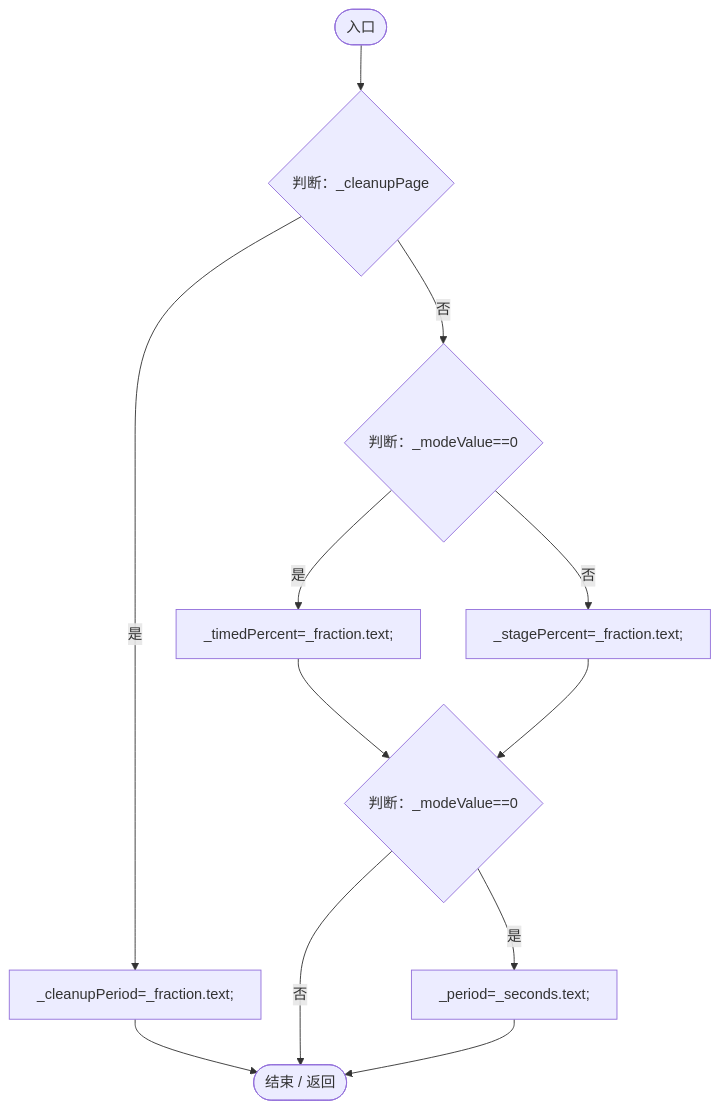
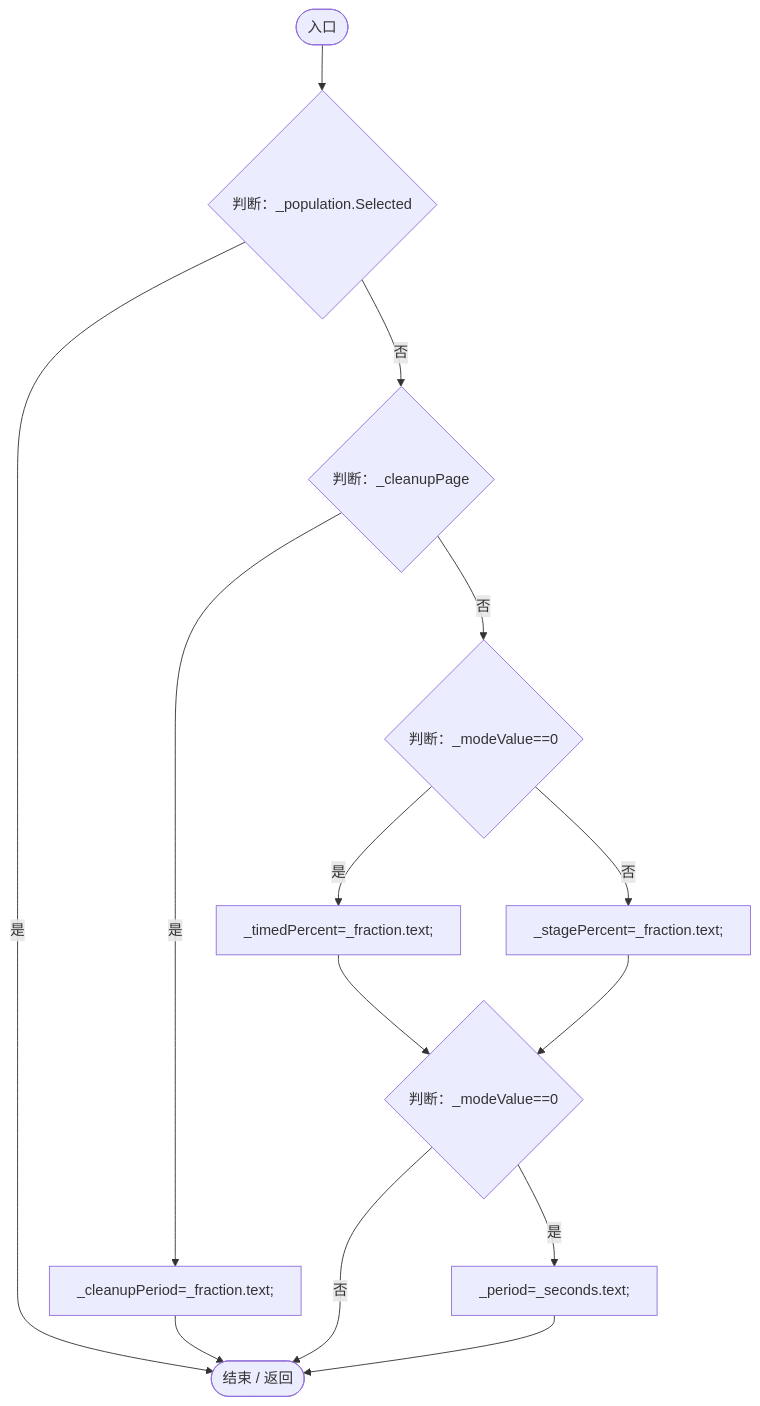
Diagram 14 of 26 in Docs/运行流程图/脚本/92d59cd12a5696c3.md (xhs6666/Darwin_paradise), drawn with Mermaid before and after one commit. The commit also changed other lines of this file and 114 other files, not shown here.

````diff
--- a/Docs/运行流程图/脚本/92d59cd12a5696c3.md
+++ b/Docs/运行流程图/脚本/92d59cd12a5696c3.md
@@ -321,24 +348,27 @@
 ```mermaid
 flowchart TD
   b0(["入口"])
-  b1{"判断：_cleanupPage"}
-  b2["_cleanupPeriod=_fraction.text;"]
-  b3{"判断：_modeValue==0"}
-  b4["_timedPercent=_fraction.text;"]
-  b5["_stagePercent=_fraction.text;"]
-  b6{"判断：_modeValue==0"}
-  b7["_period=_seconds.text;"]
-  b8(["结束 / 返回"])
+  b1{"判断：_population.Selected"}
+  b2{"判断：_cleanupPage"}
+  b3["_cleanupPeriod=_fraction.text;"]
+  b4{"判断：_modeValue==0"}
+  b5["_timedPercent=_fraction.text;"]
+  b6["_stagePercent=_fraction.text;"]
+  b7{"判断：_modeValue==0"}
+  b8["_period=_seconds.text;"]
+  b9(["结束 / 返回"])
   b0 --> b1
-  b1 -->|"是"| b2
-  b1 -->|"否"| b3
-  b2 --> b8
-  b3 -->|"是"| b4
-  b3 -->|"否"| b5
-  b4 --> b6
-  b5 --> b6
-  b6 -->|"是"| b7
-  b6 -->|"否"| b8
-  b7 --> b8
+  b1 -->|"是"| b9
+  b1 -->|"否"| b2
+  b2 -->|"是"| b3
+  b2 -->|"否"| b4
+  b3 --> b9
+  b4 -->|"是"| b5
+  b4 -->|"否"| b6
+  b5 --> b7
+  b6 --> b7
+  b7 -->|"是"| b8
+  b7 -->|"否"| b9
+  b8 --> b9
 
 ```
````
